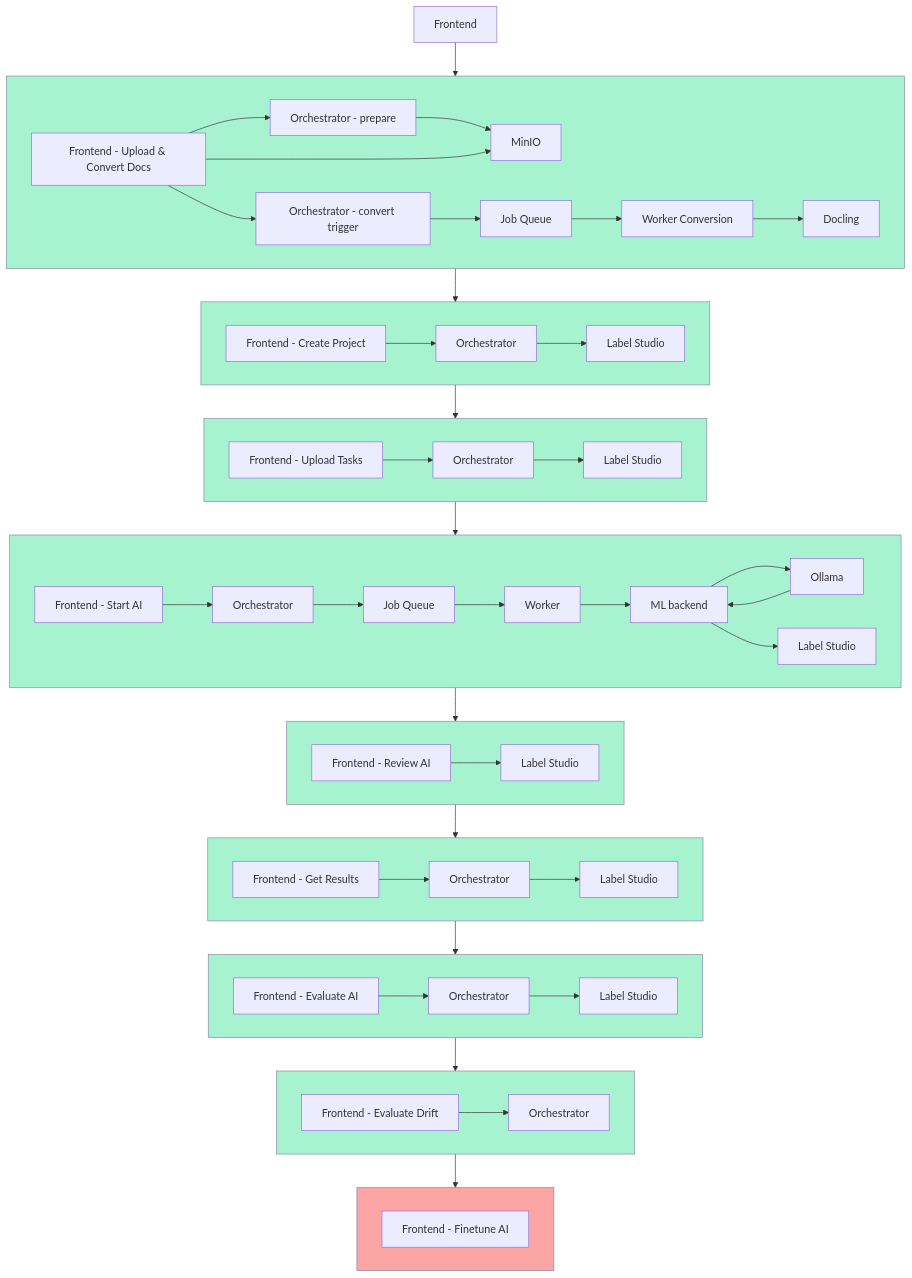
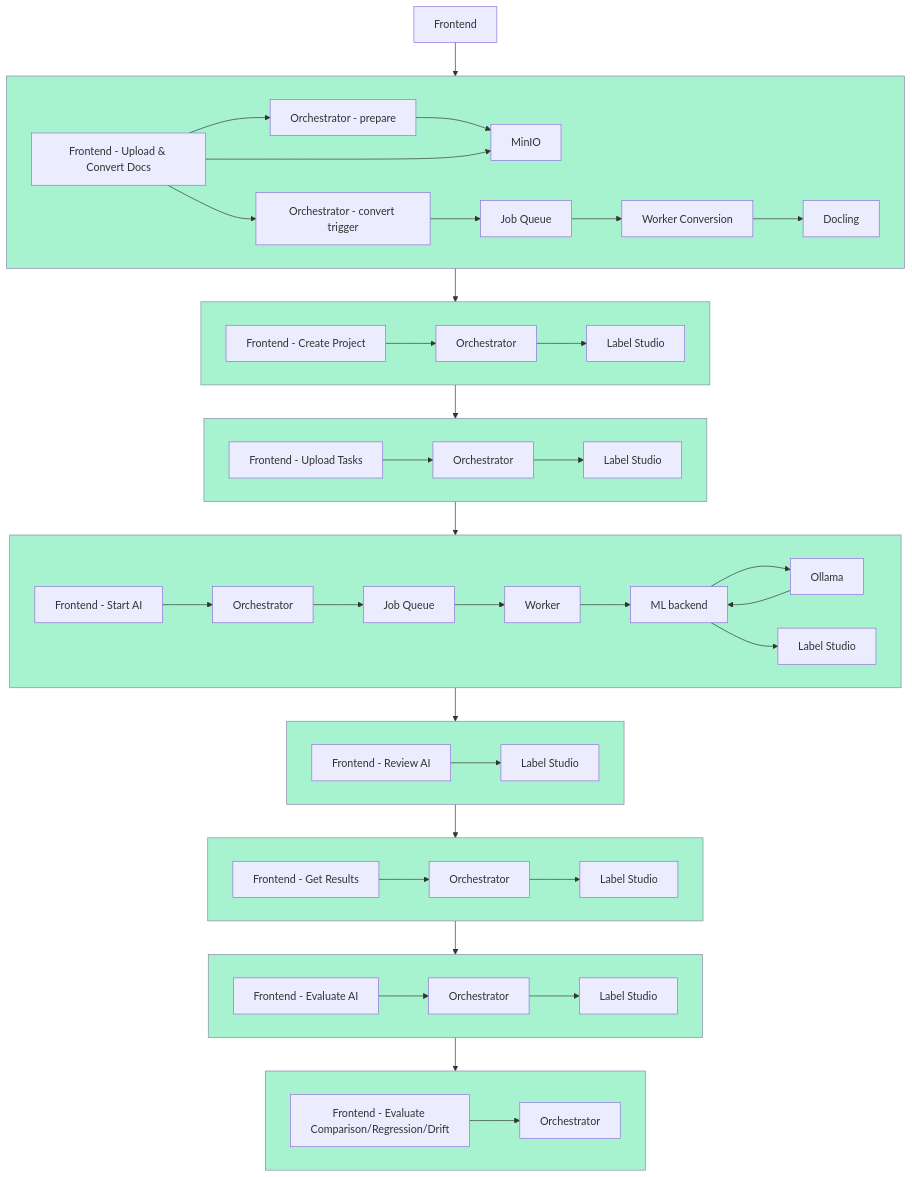
The diagram in README.md (Xtractyl/Xtractyl), drawn with Mermaid before and after one commit. The commit also changed other lines of this file, not shown here.

Commit message:
docs: remove finetuning anouncement from mermaid (as it is subsequent to other features now)

````diff
--- a/README.md
+++ b/README.md
@@ -174,18 +174,12 @@
 %% ====== ROW 8 ======
 subgraph ZA8[" "]
 direction LR
- A8[Frontend - Evaluate Drift] --> B8A[Orchestrator] 
+ A8[Frontend - Evaluate Comparison/Regression/Drift] --> B8A[Orchestrator] 
 end
 
 ZA7 --> ZA8
 
-%% ====== ROW 9 ======
-subgraph ZA9[" "]
-direction LR
- A9[Frontend - Finetune AI] 
-end
 
-ZA8 --> ZA9
 
 
 %% ====== STYLING ======
@@ -197,5 +191,4 @@
 style ZA6 fill:#A7F3D0,stroke:#88a,stroke-width:1px;
 style ZA7 fill:#A7F3D0,stroke:#88a,stroke-width:1px;
 style ZA8 fill:#A7F3D0,stroke:#88a,stroke-width:1px;
-style ZA9 fill:#FCA5A5,stroke:#88a,stroke-width:1px;
   ```
````
